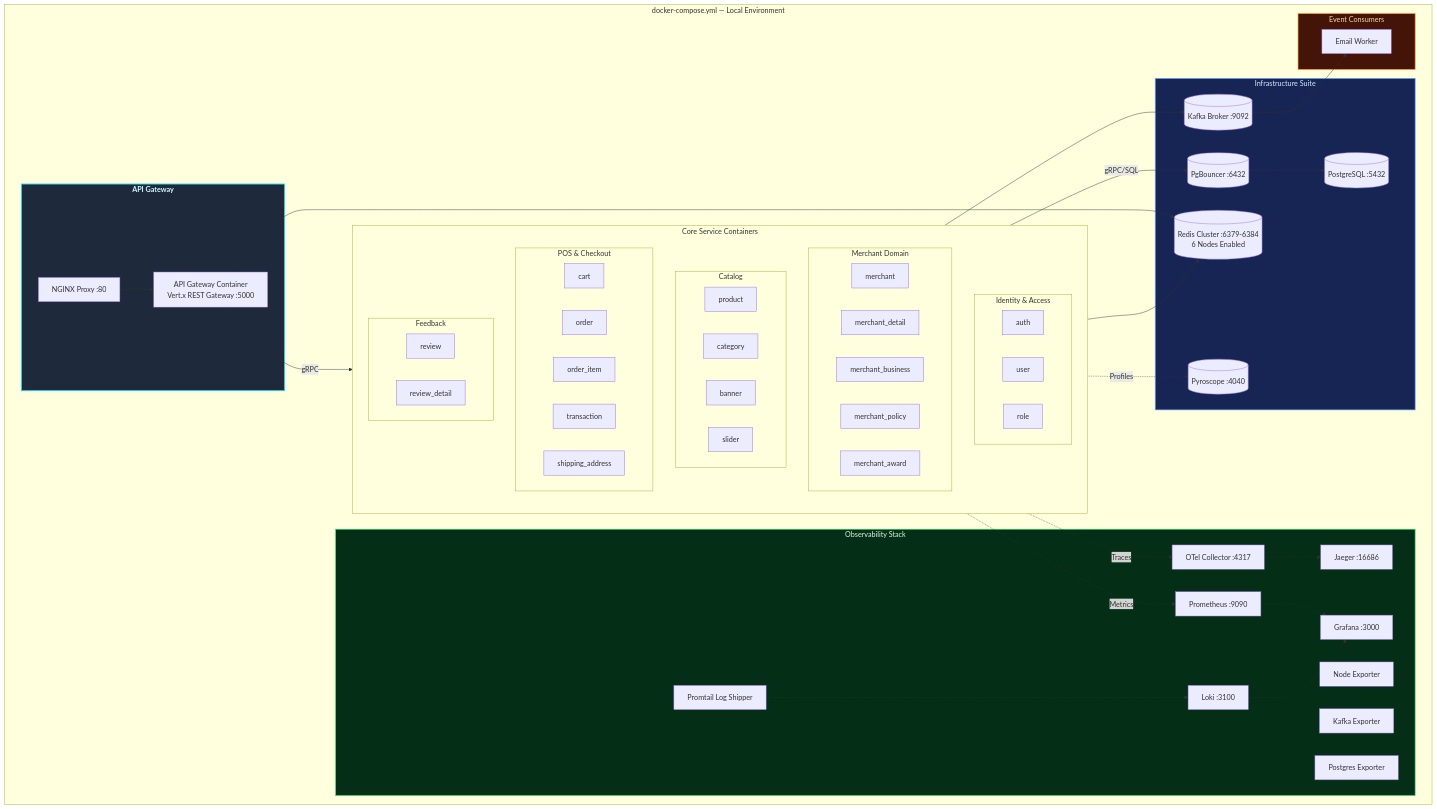
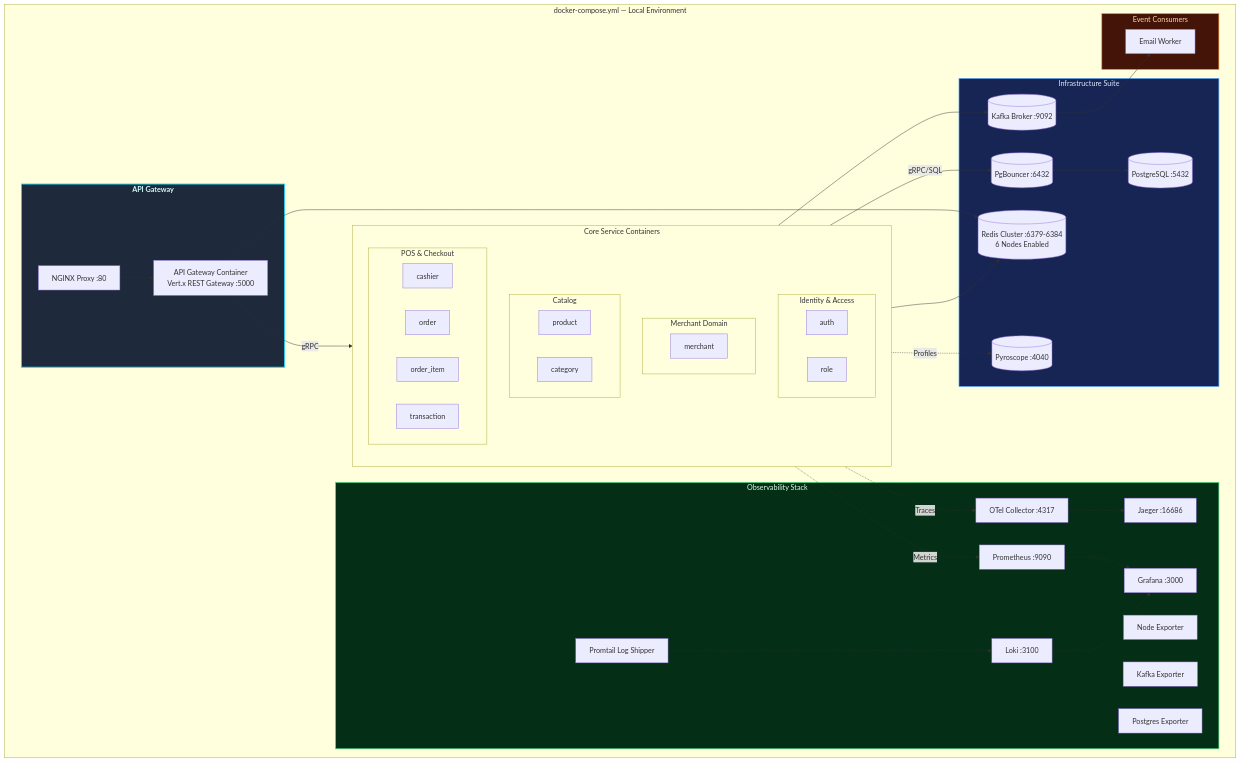
Before and after one commit to MamangRust/modular-monolith-vertx-point-of-sale: the seventh of 7 diagrams in README.md, drawn with Mermaid. The commit also changed other lines of this file, not shown here.

Commit message:
docs: refresh README to reflect Vert.x architecture and POS system scope

```diff
--- a/README.md
+++ b/README.md
@@ -420,36 +393,23 @@
         subgraph Services["Core Service Containers"]
             subgraph Identity["Identity & Access"]
                 AUTH["auth"]
-                USER["user"]
                 ROLE["role"]
             end
 
             subgraph MerchantSuite["Merchant Domain"]
                 MERCH["merchant"]
-                MDETAIL["merchant_detail"]
-                MBIZ["merchant_business"]
-                MPOL["merchant_policy"]
-                MAWARD["merchant_award"]
             end
 
             subgraph CatalogSuite["Catalog"]
                 PROD["product"]
                 CAT["category"]
-                BANNER["banner"]
-                SLIDER["slider"]
             end
 
             subgraph POSSuite["POS & Checkout"]
-                CART["cart"]
+                CASHIER["cashier"]
                 ORDER["order"]
                 OITEM["order_item"]
                 TXN["transaction"]
-                SHIP["shipping_address"]
-            end
-
-            subgraph ReviewSuite["Feedback"]
-                REVIEW["review"]
-                RDETAIL["review_detail"]
             end
         end
         class Services core
```
